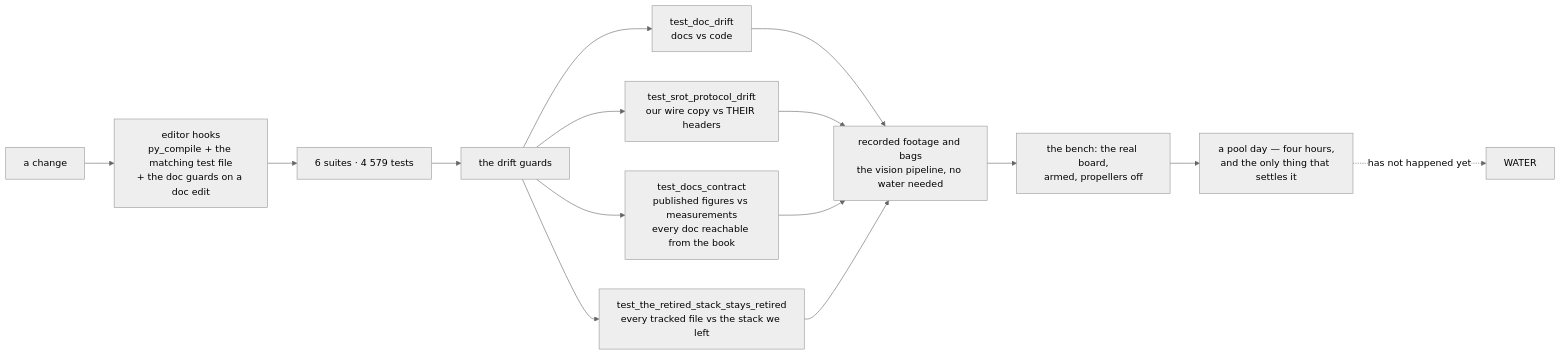
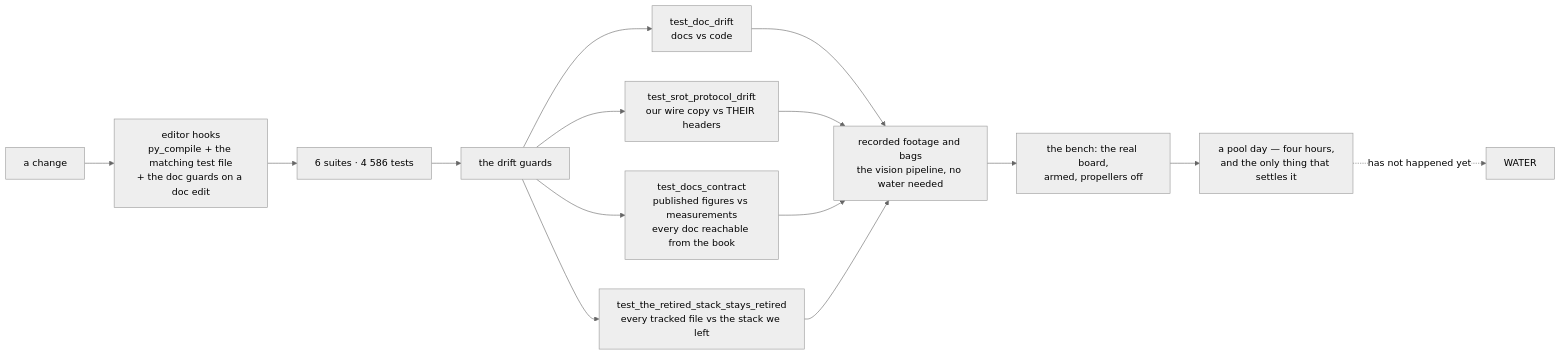
The ninth of 10 diagrams in README.md (fh1m/mongla_ws), drawn with Mermaid (neutral theme) before and after one commit. The commit also changed other lines of this file and 41 other files, not shown here.

````diff
--- a/README.md
+++ b/README.md
@@ -816,17 +816,17 @@
 ```mermaid
 flowchart LR
     DEV["a change"] --> HOOK["editor hooks<br/>py_compile + the matching test file<br/>+ the doc guards on a doc edit"]
-    HOOK --> UNIT["6 suites · 4 579 tests"]
+    HOOK --> UNIT["6 suites · 4 586 tests"]
     UNIT --> GUARD["the drift guards"]
     GUARD --> G1["test_doc_drift<br/>docs vs code"]
     GUARD --> G2["test_srot_protocol_drift<br/>our wire copy vs THEIR headers"]
     GUARD --> G3["test_docs_contract<br/>published figures vs measurements<br/>every doc reachable from the book"]
     GUARD --> G4["test_the_retired_stack_stays_retired<br/>every tracked file vs the stack we left"]
     G1 --> REPLAY["recorded footage and bags<br/>the vision pipeline, no water needed"]
     G2 --> REPLAY
     G3 --> REPLAY
     G4 --> REPLAY
     REPLAY --> BENCH["the bench: the real board,<br/>armed, propellers off"]
     BENCH --> POOL["a pool day — four hours,<br/>and the only thing that settles it"]
     POOL -.->|"has not happened yet"| WATER["WATER"]
 ```
````
